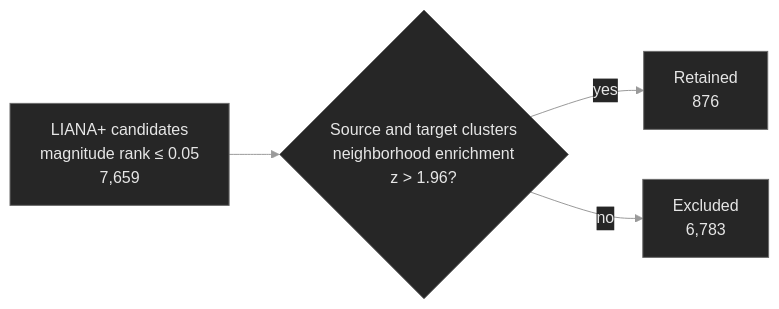
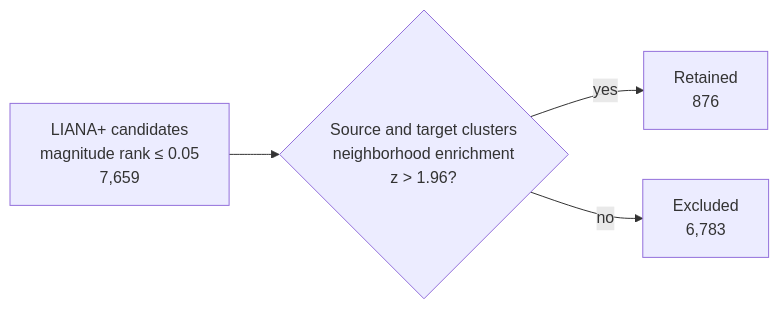
The first of 2 diagrams in README.md (Eswar-mse/Spatially-Constrained-CCC), drawn with Mermaid before and after one commit. The commit also changed other lines of this file, not shown here.

````diff
--- a/README.md
+++ b/README.md
@@ -61,7 +61,6 @@
 ```mermaid
-%%{init: {'theme':'base','themeVariables':{'primaryColor':'#262626','primaryTextColor':'#e6e6e6','primaryBorderColor':'#6b6b6b','lineColor':'#9a9a9a','fontFamily':'Segoe UI, sans-serif'}}}%%
 flowchart LR
-    A[LIANA+ candidates<br/>magnitude rank ≤ 0.05<br/>7,659] --> B{Source and target clusters<br/>neighborhood enrichment<br/>z > 1.96?}
-    B -->|yes| C[Retained<br/>876]
-    B -->|no| D[Excluded<br/>6,783]
+    A["LIANA+ candidates<br/>magnitude rank ≤ 0.05<br/>7,659"] --> B{"Source and target clusters<br/>neighborhood enrichment<br/>z > 1.96?"}
+    B -->|yes| C["Retained<br/>876"]
+    B -->|no| D["Excluded<br/>6,783"]
 ```
````
